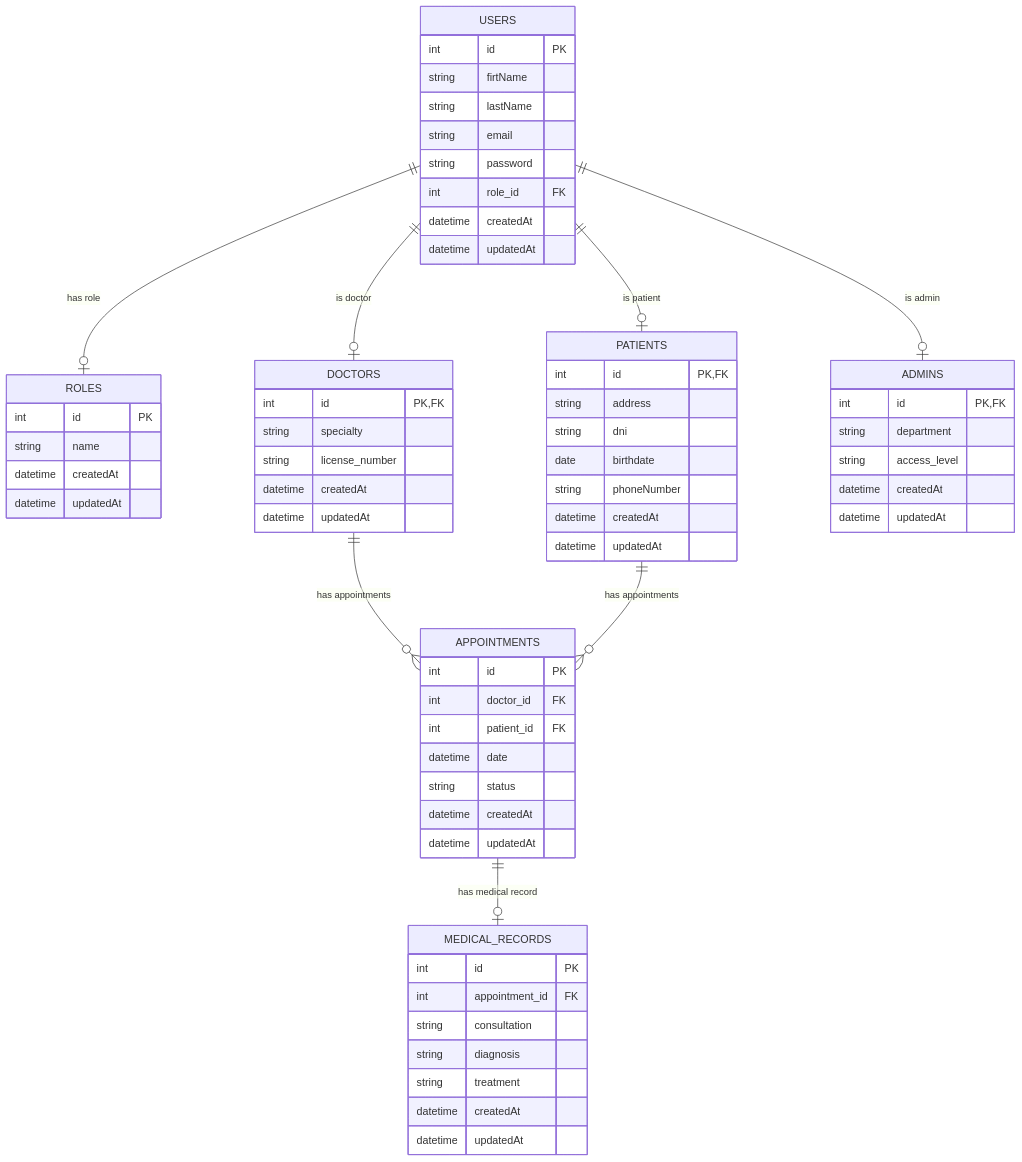
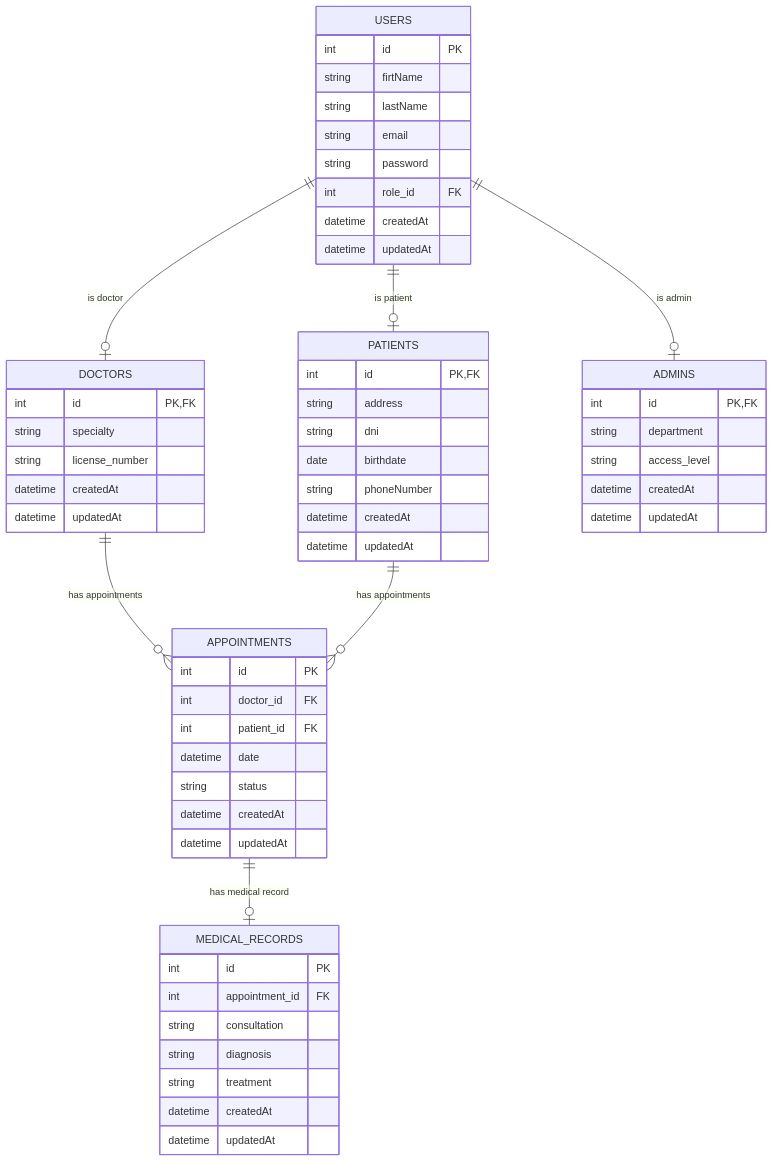
The diagram in README.md (No-Country-simulation/c22-14-m-webapp), drawn with Mermaid before and after one commit. The commit also changed 1 other file, not shown here.

Commit message:
* optimizacion de modulos del backend

````diff
--- a/README.md
+++ b/README.md
@@ -25,69 +25,62 @@
 ```mermaid
 erDiagram
     USERS {
         int id PK
         string firtName
         string lastName
         string email
         string password
         int role_id FK
-        datetime createdAt
-        datetime updatedAt
-    }
-    ROLES {
-        int id PK
-        string name
         datetime createdAt
         datetime updatedAt
     }
     DOCTORS {
         int id PK, FK
         string specialty
         string license_number
         datetime createdAt
         datetime updatedAt
     }
     PATIENTS {
         int id PK, FK
         string address
         string dni
         date birthdate
         string phoneNumber
         datetime createdAt
         datetime updatedAt
     }
     ADMINS {
         int id PK, FK
         string department
         string access_level
         datetime createdAt
         datetime updatedAt
     }
     APPOINTMENTS {
         int id PK
         int doctor_id FK
         int patient_id FK
         datetime date
         string status
         datetime createdAt
         datetime updatedAt
     }
     MEDICAL_RECORDS {
         int id PK
         int appointment_id FK
         string consultation
         string diagnosis
         string treatment
         datetime createdAt
         datetime updatedAt
     }
 
-    USERS ||--o| ROLES : "has role"
     USERS ||--o| DOCTORS : "is doctor"
     USERS ||--o| PATIENTS : "is patient"
     USERS ||--o| ADMINS : "is admin"
     DOCTORS ||--o{ APPOINTMENTS : "has appointments"
     PATIENTS ||--o{ APPOINTMENTS : "has appointments"
     APPOINTMENTS ||--o| MEDICAL_RECORDS : "has medical record"
 
 ```
````
